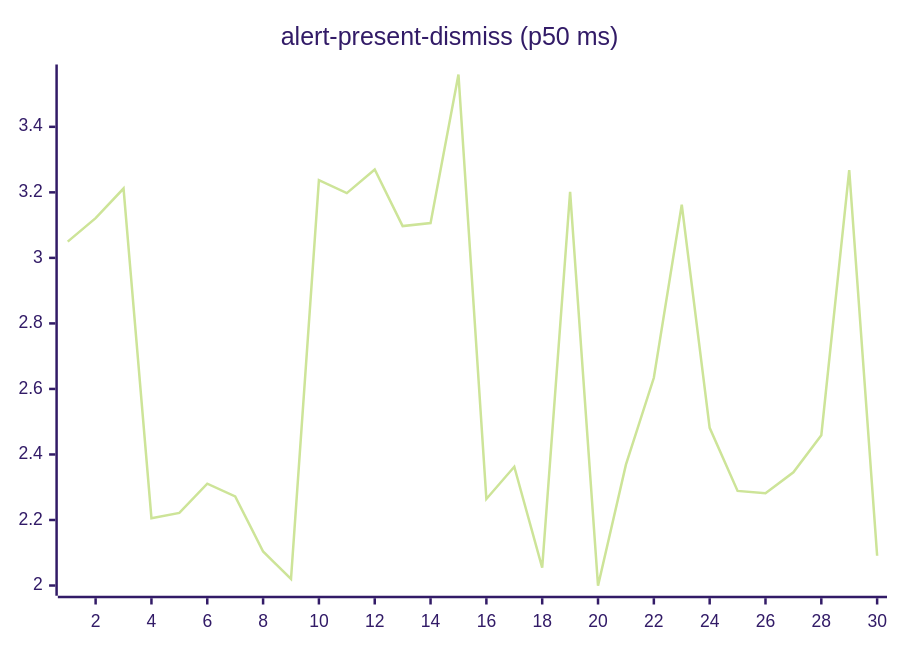
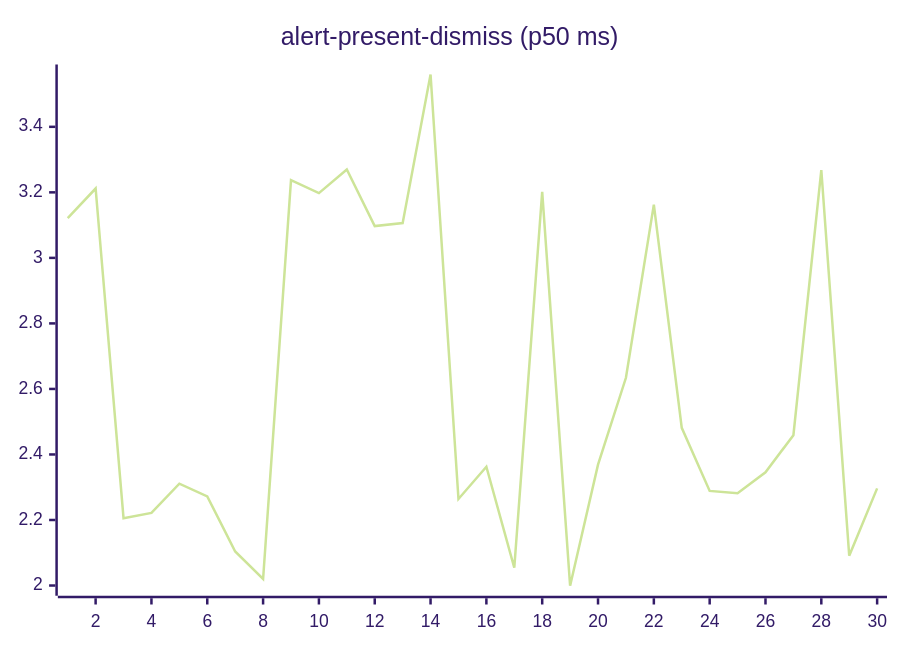
One commit to josha/Facet changed the second of 27 diagrams in README.md. Above: the diagram before and after it, drawn with Mermaid (forest theme). The commit also changed other lines of this file and 2 other files, not shown here.

````diff
--- a/README.md
+++ b/README.md
@@ -70,6 +70,6 @@
 ```mermaid
 xychart-beta
     title "alert-present-dismiss (p50 ms)"
     x-axis 1 --> 30
-    line [3.0496, 3.1212, 3.2117, 2.2054, 2.2216, 2.3109, 2.2722, 2.1040, 2.0200, 3.2371, 3.1976, 3.2697, 3.0970, 3.1061, 3.5597, 2.2642, 2.3626, 2.0543, 3.2013, 1.9993, 2.3689, 2.6340, 3.1626, 2.4814, 2.2888, 2.2819, 2.3455, 2.4588, 3.2682, 2.0908]
+    line [3.1212, 3.2117, 2.2054, 2.2216, 2.3109, 2.2722, 2.1040, 2.0200, 3.2371, 3.1976, 3.2697, 3.0970, 3.1061, 3.5597, 2.2642, 2.3626, 2.0543, 3.2013, 1.9993, 2.3689, 2.6340, 3.1626, 2.4814, 2.2888, 2.2819, 2.3455, 2.4588, 3.2682, 2.0908, 2.2965]
 ```
````
